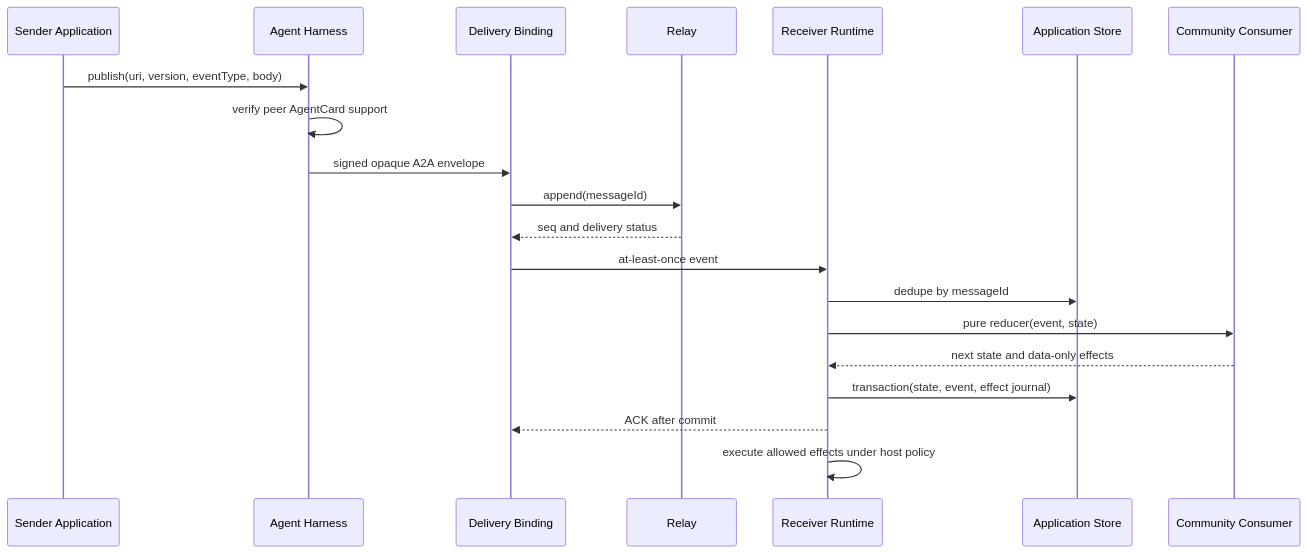
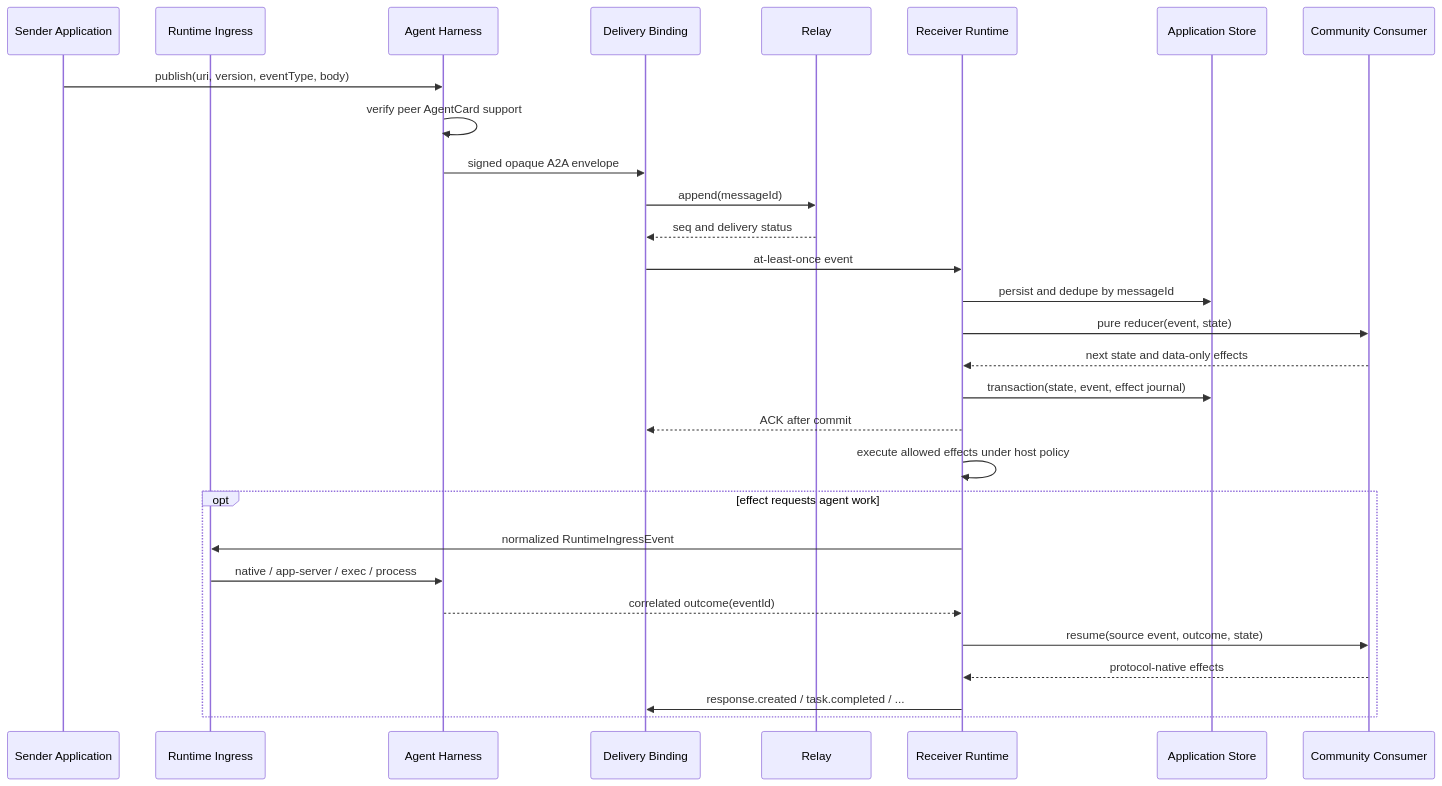
The second of 2 diagrams in ARCHITECTURE.md (tianqixinxi/agent-conn), drawn with Mermaid before and after one commit. The commit also changed other lines of this file and 121 other files, not shown here.

````diff
--- a/ARCHITECTURE.md
+++ b/ARCHITECTURE.md
@@ -68,23 +101,32 @@
 ```mermaid
 sequenceDiagram
     participant Sender as Sender Application
+    participant Ingress as Runtime Ingress
     participant Harness as Agent Harness
     participant Delivery as Delivery Binding
     participant Relay as Relay
     participant Runtime as Receiver Runtime
     participant Store as Application Store
     participant Consumer as Community Consumer
 
     Sender->>Harness: publish(uri, version, eventType, body)
     Harness->>Harness: verify peer AgentCard support
     Harness->>Delivery: signed opaque A2A envelope
     Delivery->>Relay: append(messageId)
     Relay-->>Delivery: seq and delivery status
     Delivery->>Runtime: at-least-once event
-    Runtime->>Store: dedupe by messageId
+    Runtime->>Store: persist and dedupe by messageId
     Runtime->>Consumer: pure reducer(event, state)
     Consumer-->>Runtime: next state and data-only effects
     Runtime->>Store: transaction(state, event, effect journal)
     Runtime-->>Delivery: ACK after commit
     Runtime->>Runtime: execute allowed effects under host policy
+    opt effect requests agent work
+      Runtime->>Ingress: normalized RuntimeIngressEvent
+      Ingress->>Harness: native / app-server / exec / process
+      Harness-->>Runtime: correlated outcome(eventId)
+      Runtime->>Consumer: resume(source event, outcome, state)
+      Consumer-->>Runtime: protocol-native effects
+      Runtime->>Delivery: response.created / task.completed / ...
+    end
 ```
````
